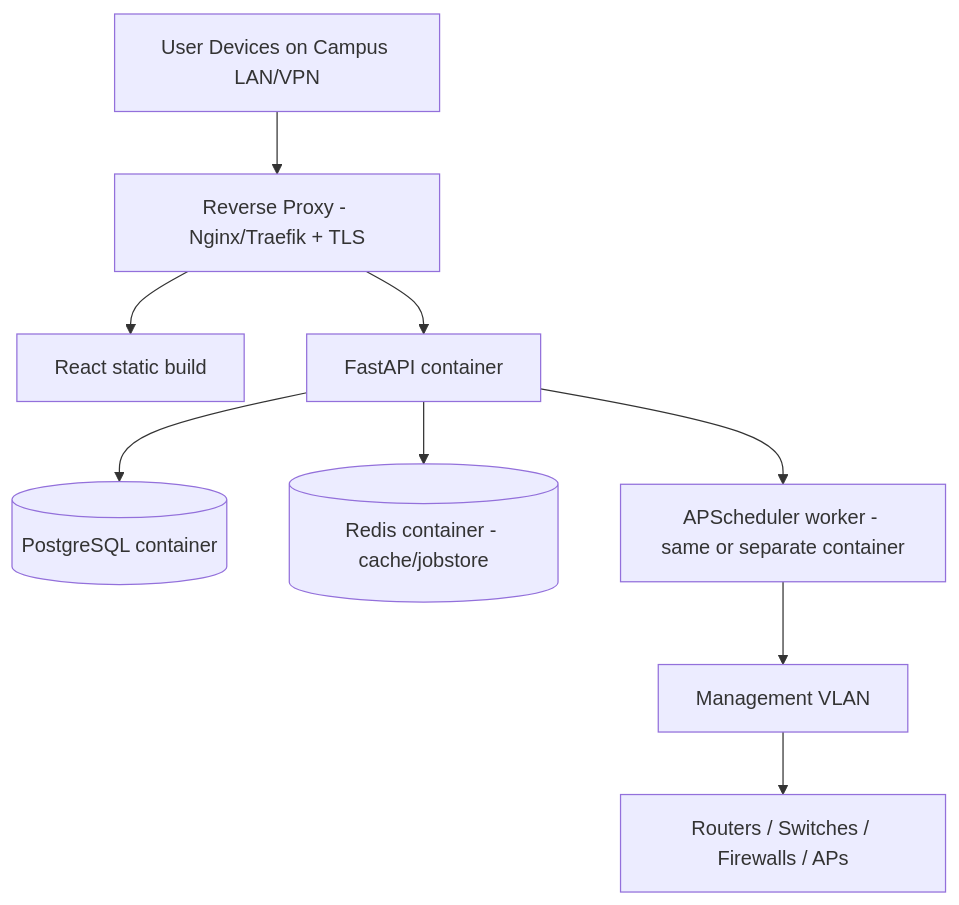
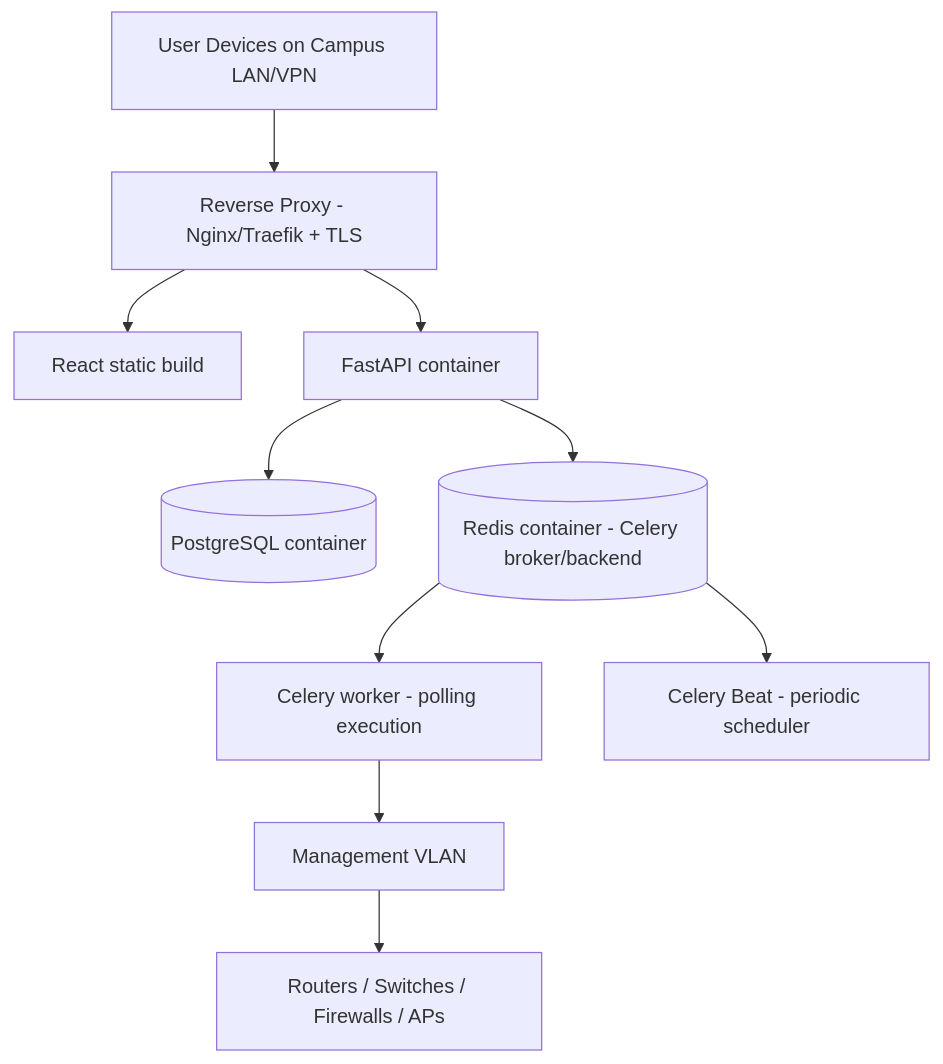
Before and after one commit to NitikasriJeyanAchary0109/campus-drift: the sixth of 7 diagrams in docs/architecture.md, drawn with Mermaid. The commit also changed other lines of this file and 31 other files, not shown here.

Commit message:
Phase 9: Review #2 feedback — Celery/Redis async polling, ACL order-significance detection, ITSM webhook receiver, OpenConfig roadmap

````diff
--- a/docs/architecture.md
+++ b/docs/architecture.md
@@ -589,11 +595,12 @@
 ```mermaid
 flowchart TD
     INET[User Devices on Campus LAN/VPN] --> RP[Reverse Proxy - Nginx/Traefik + TLS]
     RP --> FE[React static build]
     RP --> API[FastAPI container]
     API --> PG[(PostgreSQL container)]
-    API --> RD[(Redis container - cache/jobstore)]
-    API --> WRK[APScheduler worker - same or separate container]
+    API --> RD[(Redis container - Celery broker/backend)]
+    RD --> WRK[Celery worker - polling execution]
+    RD --> BEAT[Celery Beat - periodic scheduler]
     WRK --> MGMT[Management VLAN]
     MGMT --> NET[Routers / Switches / Firewalls / APs]
 ```
````
